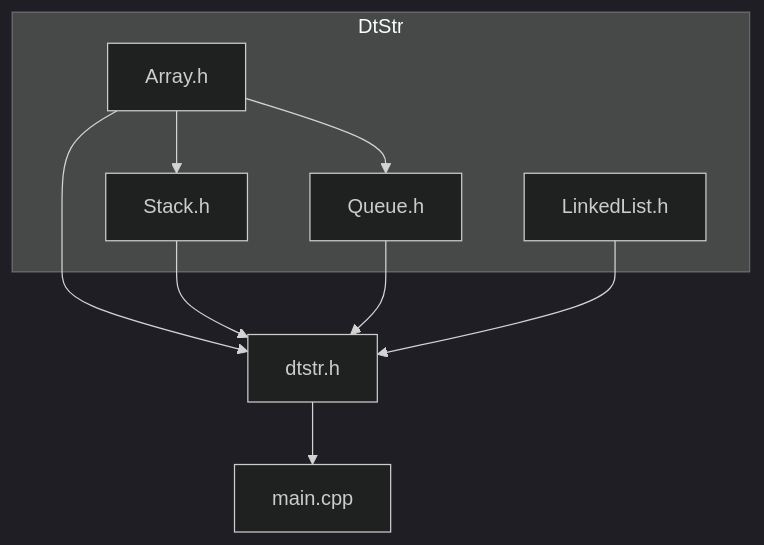
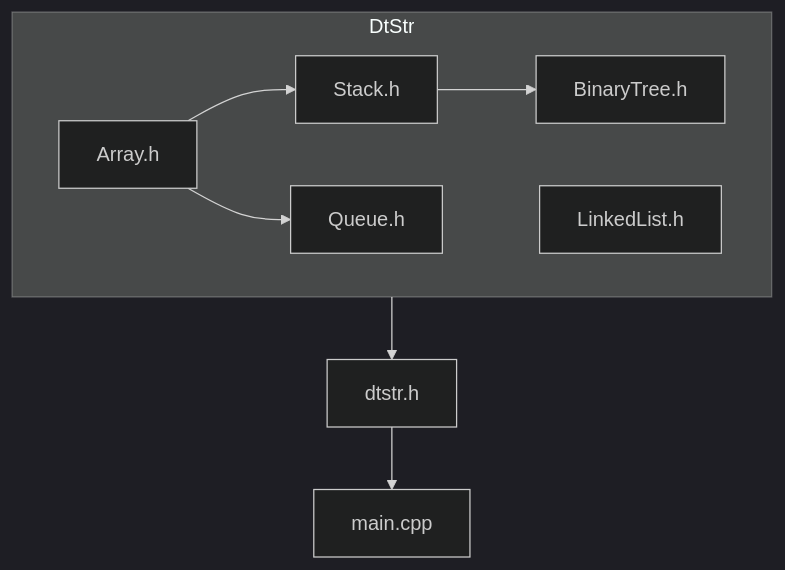
The first of 2 diagrams in README.md (RaghavJit/DataStructures), drawn with Mermaid (dark theme) before and after one commit. The commit also changed other lines of this file and 1 other file, not shown here.

````diff
--- a/README.md
+++ b/README.md
@@ -67,16 +75,14 @@
 ```mermaid 
 graph TD;
 
     subgraph DtStr
     Array.h --> Stack.h
     Array.h --> Queue.h
     LinkedList.h
+    Stack.h --> BinaryTree.h
     end
 
-    Array.h --> dtstr.h
-    Stack.h --> dtstr.h
-    Queue.h --> dtstr.h
-    LinkedList.h --> dtstr.h
+    DtStr --> dtstr.h
 
     dtstr.h --> main.cpp
 ```
````
